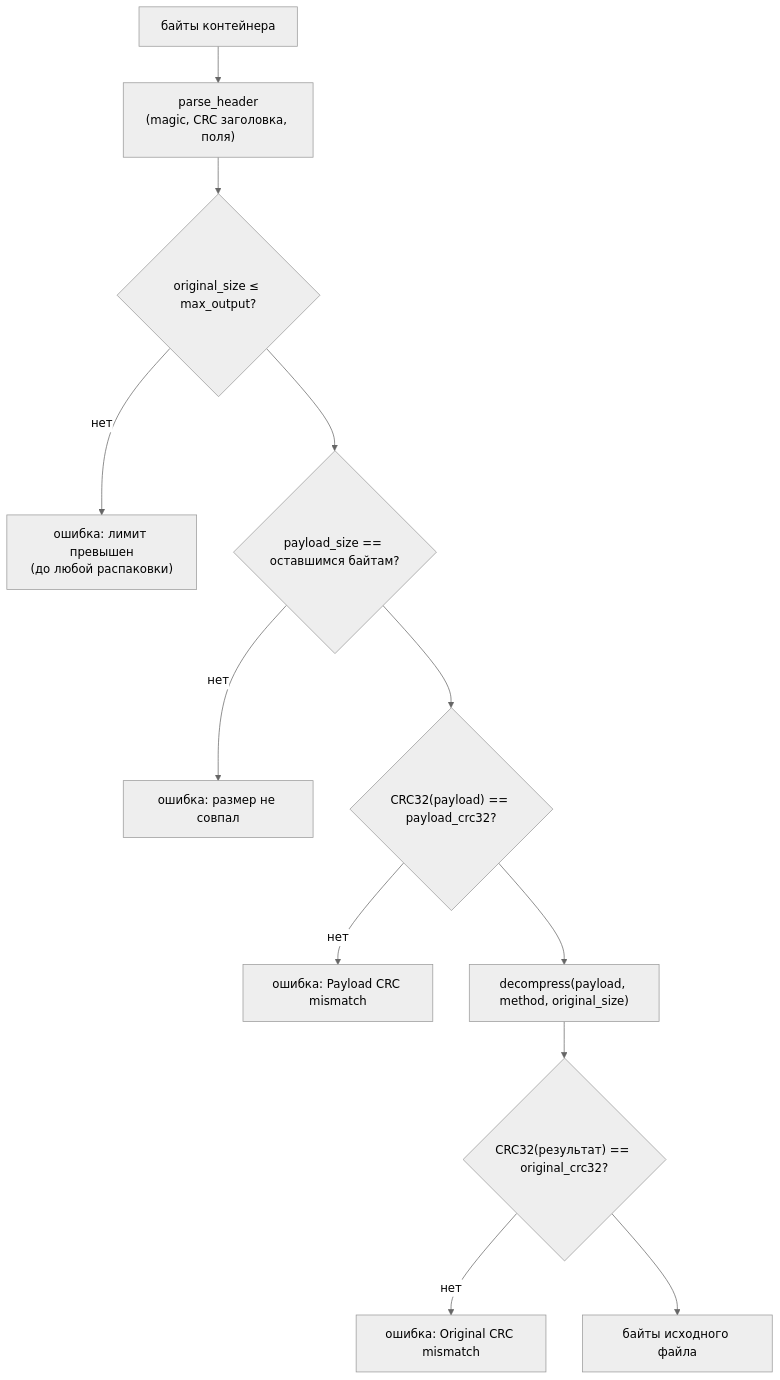
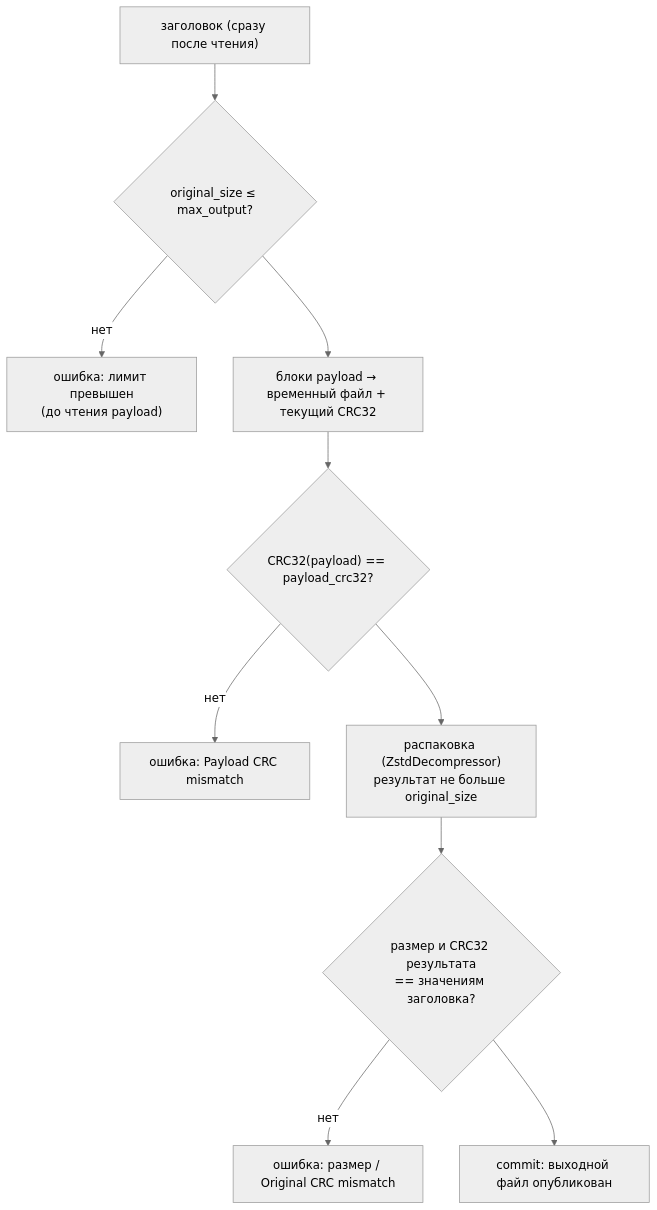
One commit to Viole1/bard-zip changed the sixth of 7 diagrams in docs/ru/main-flow.md. Above: the diagram before and after it, drawn with Mermaid (neutral theme). The commit also changed other lines of this file and 36 other files, not shown here.

````diff
--- a/docs/ru/main-flow.md
+++ b/docs/ru/main-flow.md
@@ -99,14 +108,12 @@
 ```mermaid
 flowchart TD
-    A["байты контейнера"] --> B["parse_header<br/>(magic, CRC заголовка, поля)"]
-    B --> C{"original_size ≤ max_output?"}
-    C -->|нет| X["ошибка: лимит превышен<br/>(до любой распаковки)"]
-    C --> D{"payload_size == оставшимся байтам?"}
-    D -->|нет| X2["ошибка: размер не совпал"]
-    D --> E{"CRC32(payload) == payload_crc32?"}
+    A["заголовок (сразу после чтения)"] --> C{"original_size ≤ max_output?"}
+    C -->|нет| X["ошибка: лимит превышен<br/>(до чтения payload)"]
+    C --> P["блоки payload → временный файл + текущий CRC32"]
+    P --> E{"CRC32(payload) == payload_crc32?"}
     E -->|нет| X3["ошибка: Payload CRC mismatch"]
-    E --> F["decompress(payload, method, original_size)"]
-    F --> G{"CRC32(результат) == original_crc32?"}
-    G -->|нет| X4["ошибка: Original CRC mismatch"]
-    G --> OK["байты исходного файла"]
+    E --> F["распаковка (ZstdDecompressor)<br/>результат не больше original_size"]
+    F --> G{"размер и CRC32 результата<br/>== значениям заголовка?"}
+    G -->|нет| X4["ошибка: размер / Original CRC mismatch"]
+    G --> OK["commit: выходной файл опубликован"]
 ```
````
